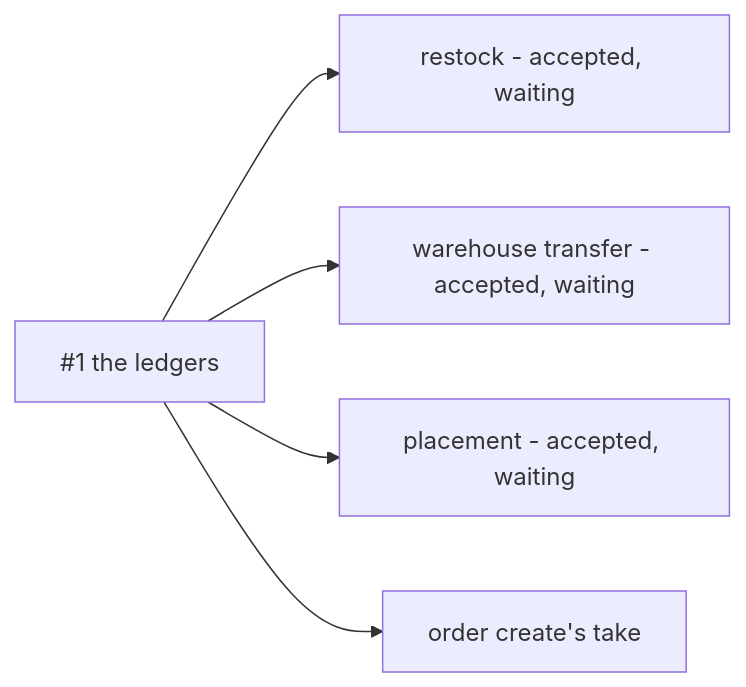
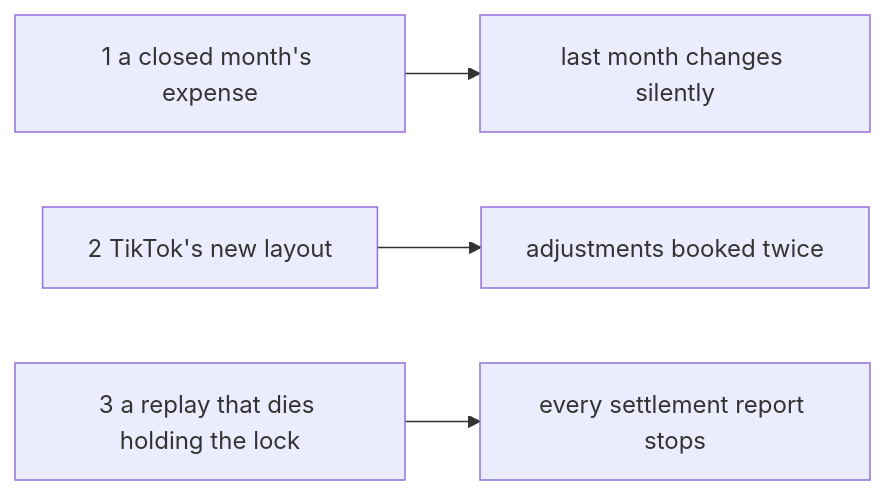
Before and after one commit to pdcgo/warehouse_revamp: the diagram in docs/biggest_question.md, drawn with Mermaid. The commit also changed other lines of this file and 16 other files, not shown here.

First line of the commit message:
docs: the rollup re-ranked and worked down — the fee contract, the transfer fee, root's orders, the warehouse workbench, expenses

````diff
--- a/docs/biggest_question.md
+++ b/docs/biggest_question.md
@@ -151,7 +172,6 @@
 ```mermaid
 flowchart LR
-  L["#1 the ledgers"] --> R["restock - accepted, waiting"]
-  L --> T["warehouse transfer - accepted, waiting"]
-  L --> P["placement - accepted, waiting"]
-  L --> O["order create's take"]
+  E["1 a closed month's expense"] --> M2["last month changes silently"]
+  K["2 TikTok's new layout"] --> M3["adjustments booked twice"]
+  LK["3 a replay that dies holding the lock"] --> M4["every settlement report stops"]
 ```
````
